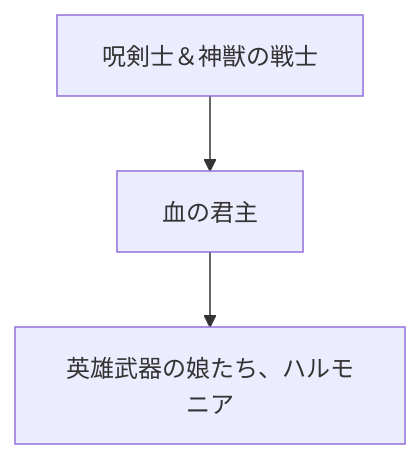
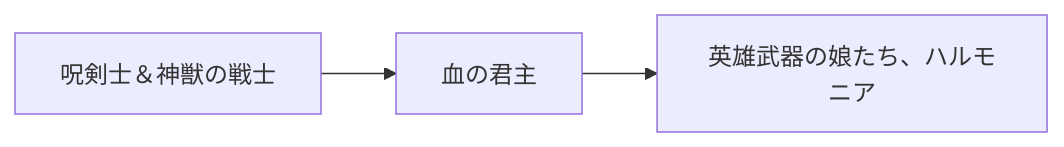
The eighth of 18 diagrams in README.md (Hushade/nightreign-boss-roster), drawn with Mermaid before and after one commit. The commit also changed other lines of this file and 1 other file, not shown here.

````diff
--- a/README.md
+++ b/README.md
@@ -204,8 +177,8 @@
 ```mermaid
-flowchart TB
-    N_6816954120433147546["呪剣士＆神獣の戦士"]
-    N_2601581965772689390["血の君主"]
-    N_6816954120433147546 --> N_2601581965772689390
-    N_8346405590813383987["英雄武器の娘たち、ハルモニア"]
-    N_2601581965772689390 --> N_8346405590813383987
+flowchart LR
+    N_7279076632891424371["呪剣士＆神獣の戦士"]
+    N_2388047921147786385["血の君主"]
+    N_7279076632891424371 --> N_2388047921147786385
+    N_4488799085607836514["英雄武器の娘たち、ハルモニア"]
+    N_2388047921147786385 --> N_4488799085607836514
 ```
````
